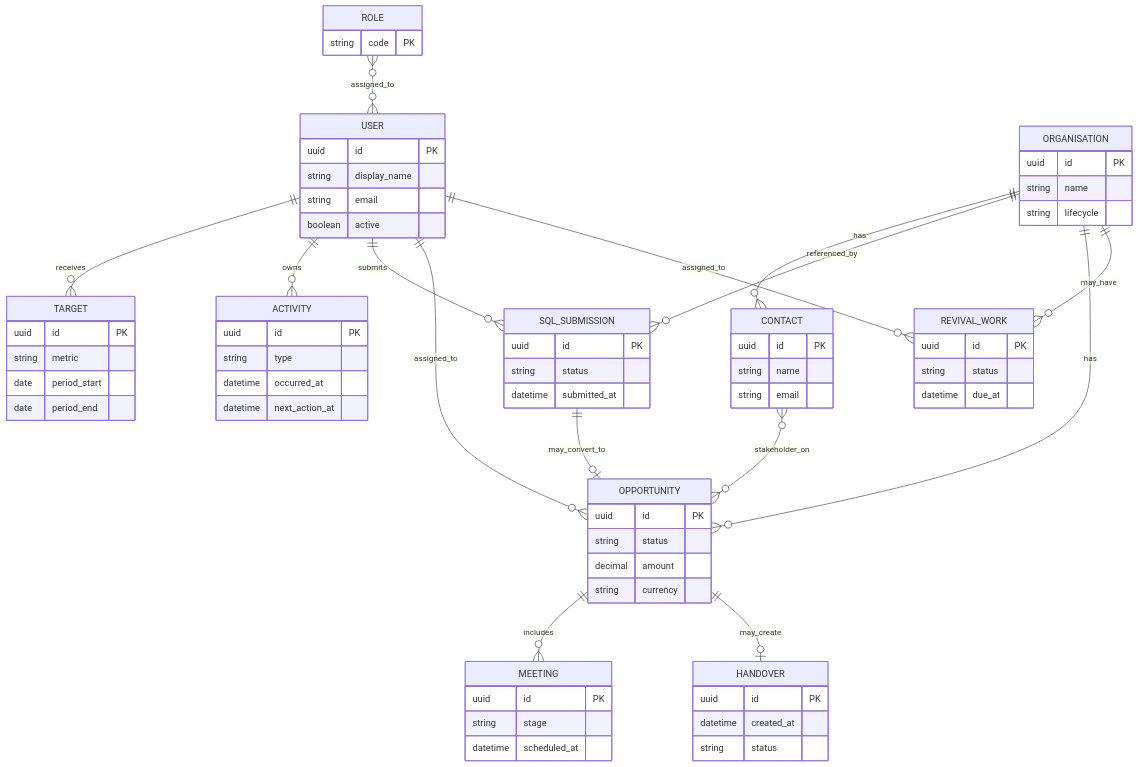
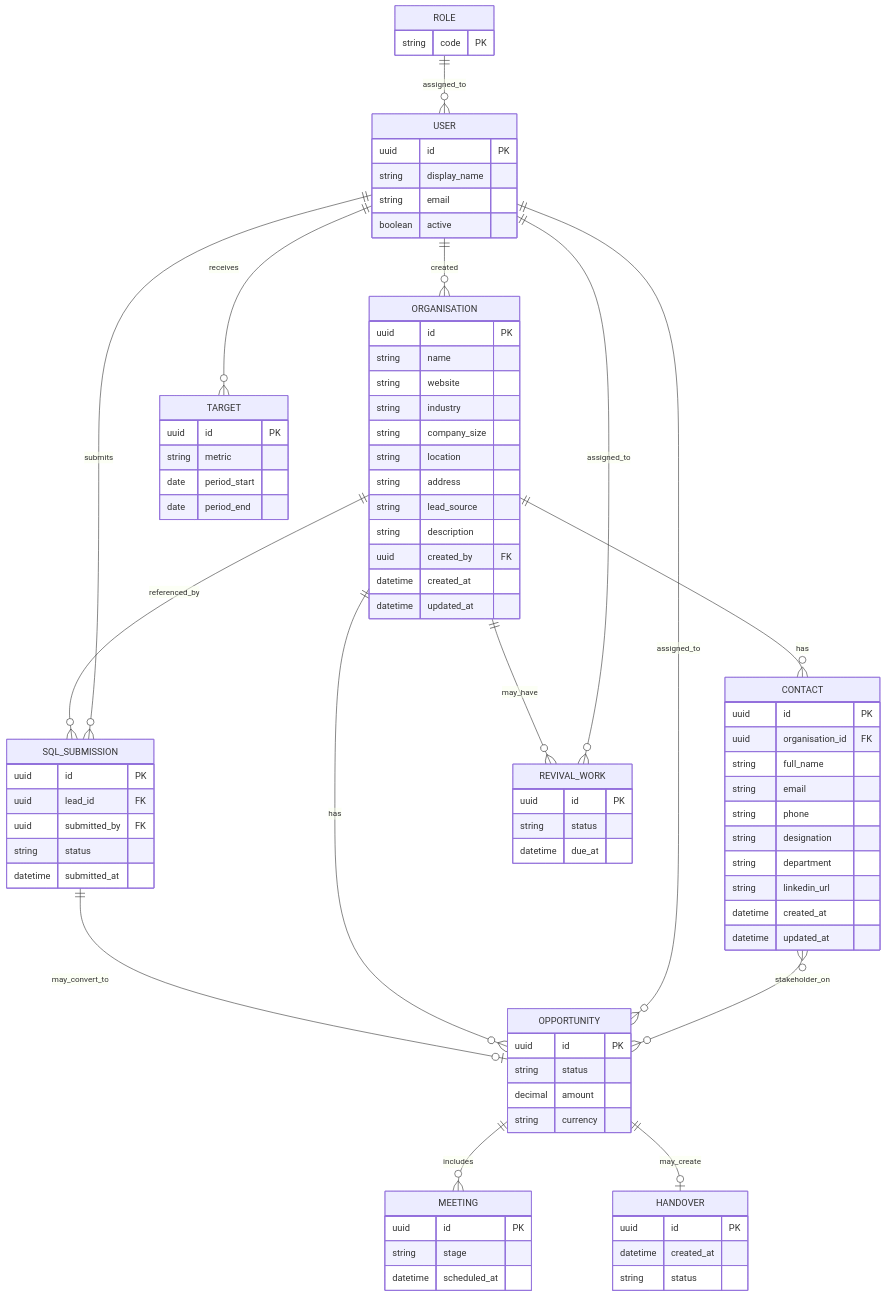
The diagram in docs/er-diagram.md (adityaagarwal1984/sales_crm), drawn with Mermaid before and after one commit. The commit also changed other lines of this file and 61 other files, not shown here.

````diff
--- a/docs/er-diagram.md
+++ b/docs/er-diagram.md
@@ -5,8 +5,8 @@
 ```mermaid
 erDiagram
+  ROLE ||--o{ USER : assigned_to
+  USER ||--o{ ORGANISATION : created
   USER ||--o{ TARGET : receives
-  ROLE }o--o{ USER : assigned_to
-  USER ||--o{ ACTIVITY : owns
   ORGANISATION ||--o{ CONTACT : has
   ORGANISATION ||--o{ SQL_SUBMISSION : referenced_by
   USER ||--o{ SQL_SUBMISSION : submits
@@ -37,21 +37,33 @@
   ORGANISATION {
     uuid id PK
     string name
-    string lifecycle
+    string website
+    string industry
+    string company_size
+    string location
+    string address
+    string lead_source
+    string description
+    uuid created_by FK
+    datetime created_at
+    datetime updated_at
   }
   CONTACT {
     uuid id PK
-    string name
+    uuid organisation_id FK
+    string full_name
     string email
-  }
-  ACTIVITY {
-    uuid id PK
-    string type
-    datetime occurred_at
-    datetime next_action_at
+    string phone
+    string designation
+    string department
+    string linkedin_url
+    datetime created_at
+    datetime updated_at
   }
   SQL_SUBMISSION {
     uuid id PK
+    uuid lead_id FK
+    uuid submitted_by FK
     string status
     datetime submitted_at
   }
````
